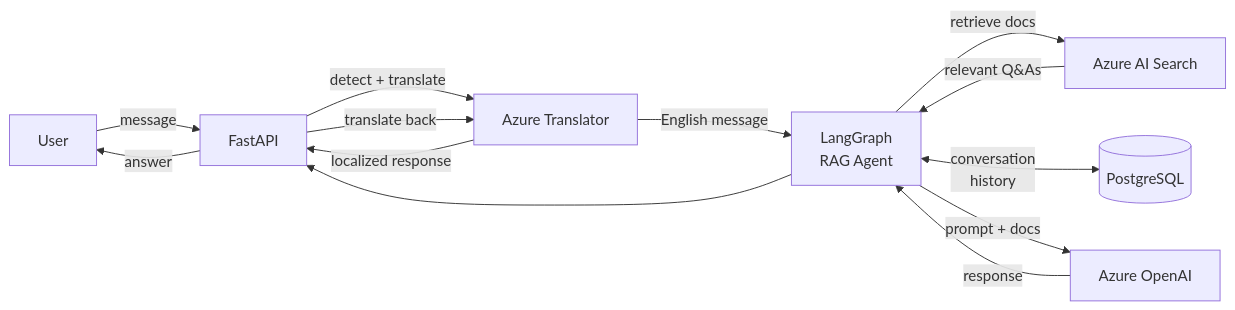
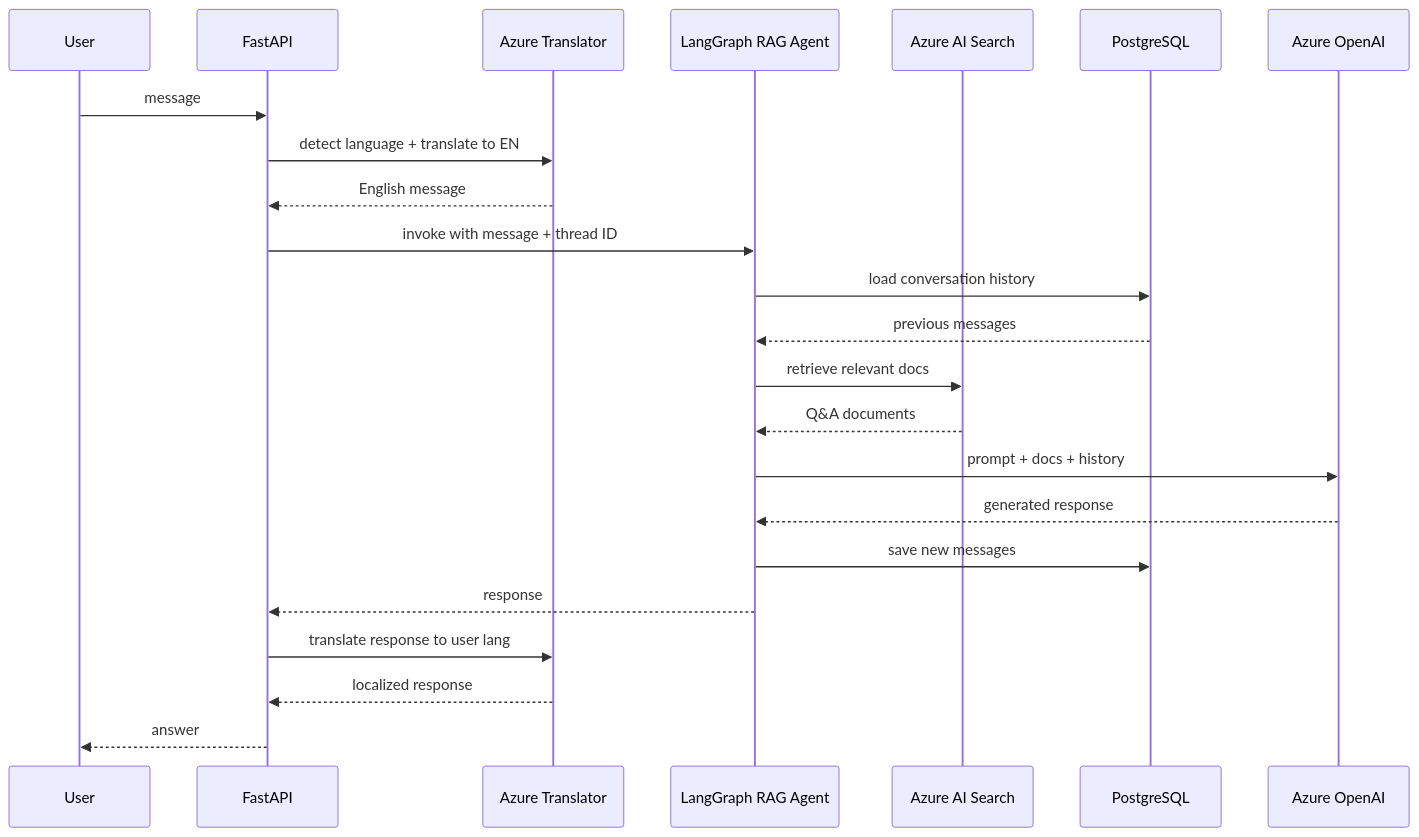
One commit to rodekruis/hia-search changed the second of 2 diagrams in README.md. Above: the diagram before and after it, drawn with Mermaid. The commit also changed other lines of this file, not shown here.

````diff
--- a/README.md
+++ b/README.md
@@ -30,15 +36,26 @@
 ```mermaid
-flowchart LR
-    User -->|message| API[FastAPI]
-    API -->|detect + translate| T[Azure Translator]
-    T -->|English message| Agent[LangGraph\nRAG Agent]
-    Agent -->|retrieve docs| VS[Azure AI Search]
-    VS -->|relevant Q&As| Agent
-    Agent <-->|conversation\nhistory| DB[(PostgreSQL)]
-    Agent -->|prompt + docs| LLM[Azure OpenAI]
-    LLM -->|response| Agent
-    Agent --> API
-    API -->|translate back| T
-    T -->|localized response| API
-    API -->|answer| User
+sequenceDiagram
+    participant User
+    participant API as FastAPI
+    participant T as Azure Translator
+    participant Agent as LangGraph RAG Agent
+    participant VS as Azure AI Search
+    participant DB as PostgreSQL
+    participant LLM as Azure OpenAI
+
+    User->>API: message
+    API->>T: detect language + translate to EN
+    T-->>API: English message
+    API->>Agent: invoke with message + thread ID
+    Agent->>DB: load conversation history
+    DB-->>Agent: previous messages
+    Agent->>VS: retrieve relevant docs
+    VS-->>Agent: Q&A documents
+    Agent->>LLM: prompt + docs + history
+    LLM-->>Agent: generated response
+    Agent->>DB: save new messages
+    Agent-->>API: response
+    API->>T: translate response to user lang
+    T-->>API: localized response
+    API-->>User: answer
 ```
````
